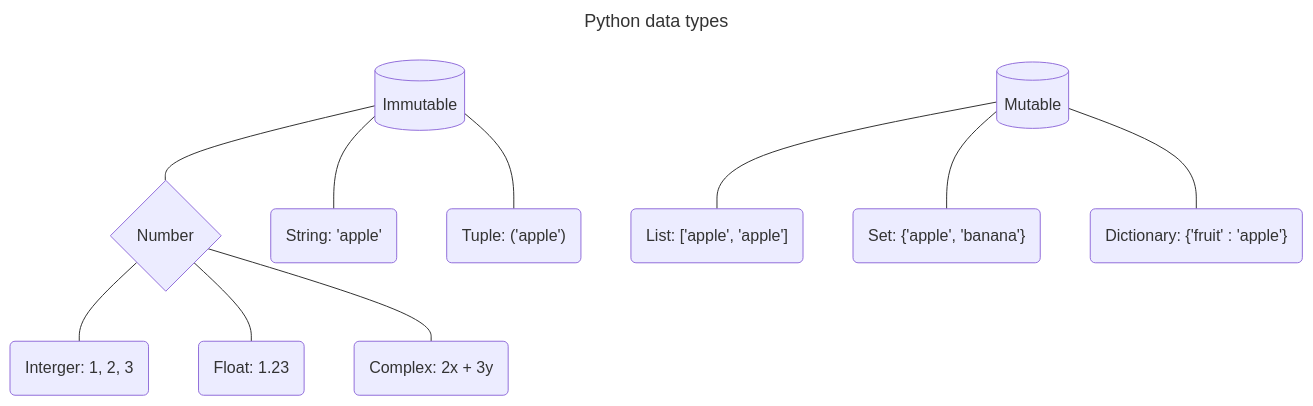
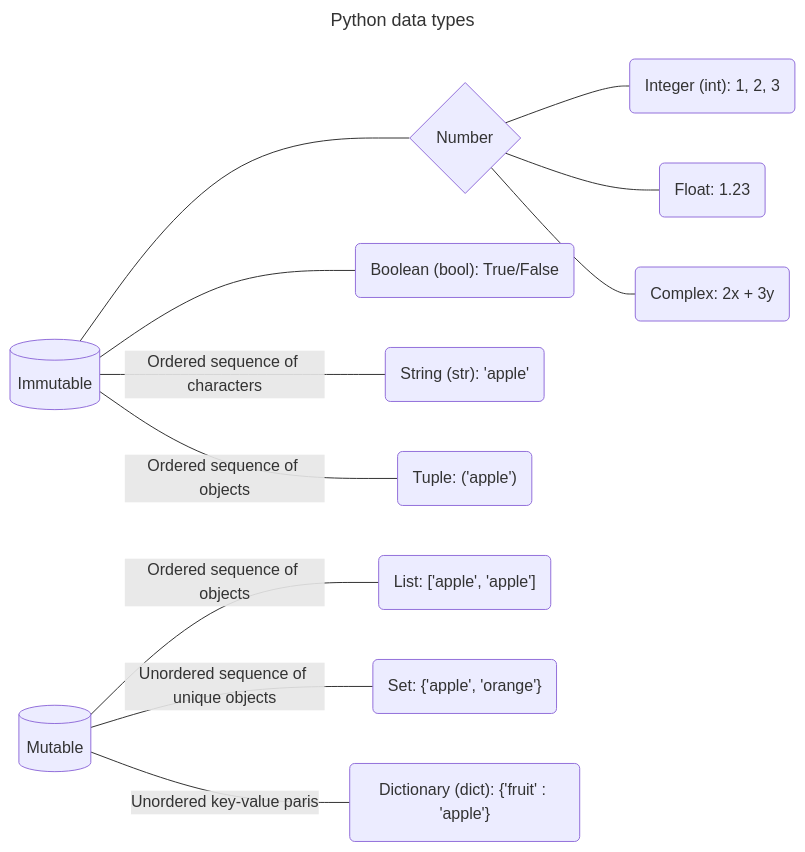
One commit to x-square/data_analytics changed the diagram in 24-01-advanced-data-analytics.md. Above: the diagram before and after it, drawn with Mermaid. The commit also changed other lines of this file, not shown here.

````diff
--- a/24-01-advanced-data-analytics.md
+++ b/24-01-advanced-data-analytics.md
@@ -1332,15 +1332,16 @@
 ```mermaid
 ---
 title: Python data types
 ---
-flowchart TD
+flowchart LR
     A1[(Immutable)] --- B1{Number}
-    A1 --- B2(String: 'apple')
-    A1 --- B3("Tuple: ('apple')")
-    B1 --- C1(Interger: 1, 2, 3)
+    A1 --- B2("Boolean (bool): True/False")
+    A1 -- Ordered sequence of characters --- B3("String (str): 'apple'")
+    A1 -- Ordered sequence of objects --- B4("Tuple: ('apple')")
+    B1 --- C1("Integer (int): 1, 2, 3")
     B1 --- C2(Float: 1.23)
     B1 --- C3(Complex: 2x + 3y)
-    A2[(Mutable)] --- D1("List: ['apple', 'apple']")
-    A2 --- D2("Set: {'apple', 'banana'}")
-    A2 --- D3("Dictionary: {'fruit' : 'apple'}")
+    A2[(Mutable)] -- Ordered sequence of objects --- D1("List: ['apple', 'apple']")
+    A2 -- Unordered sequence of unique objects --- D2("Set: {'apple', 'orange'}")
+    A2 -- Unordered key-value paris --- D3("Dictionary (dict): {'fruit' : 'apple'}")
 ```
````
